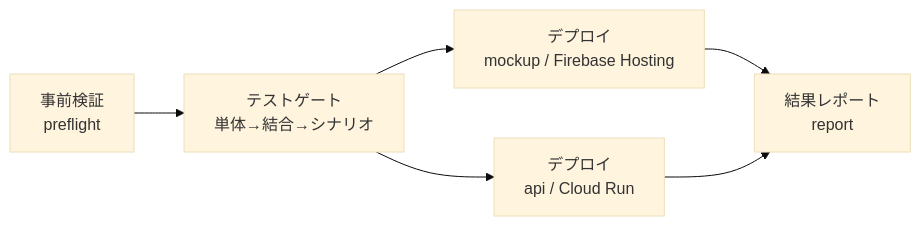
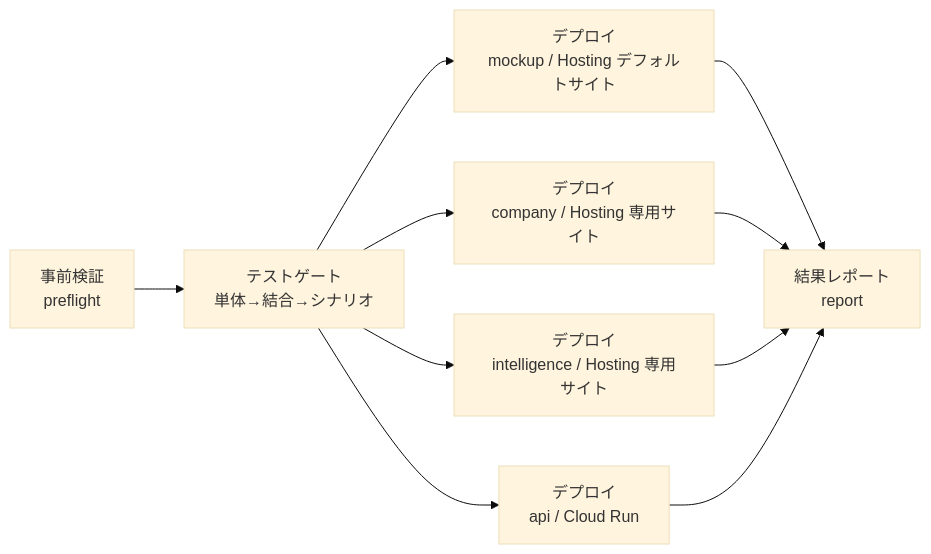
One commit to TSUNAGUBA/akebono-office changed the diagram in .ai-native/outputs/phase7/deploy-guide.md. Above: the diagram before and after it, drawn with Mermaid (base theme). The commit also changed other lines of this file and 176 other files, not shown here.

First line of the commit message:
新アプリ切り出し: AKEBONO Company / AKEBONO Intelligence を Hosting マルチサイトで新設

````diff
--- a/.ai-native/outputs/phase7/deploy-guide.md
+++ b/.ai-native/outputs/phase7/deploy-guide.md
@@ -21,8 +24,12 @@
 ```mermaid
 flowchart LR
   P[事前検証<br/>preflight] --> T[テストゲート<br/>単体→結合→シナリオ]
-  T --> M[デプロイ<br/>mockup / Firebase Hosting]
+  T --> M[デプロイ<br/>mockup / Hosting デフォルトサイト]
+  T --> C[デプロイ<br/>company / Hosting 専用サイト]
+  T --> I[デプロイ<br/>intelligence / Hosting 専用サイト]
   T --> A[デプロイ<br/>api / Cloud Run]
   M --> R[結果レポート<br/>report]
+  C --> R
+  I --> R
   A --> R
 ```
````
